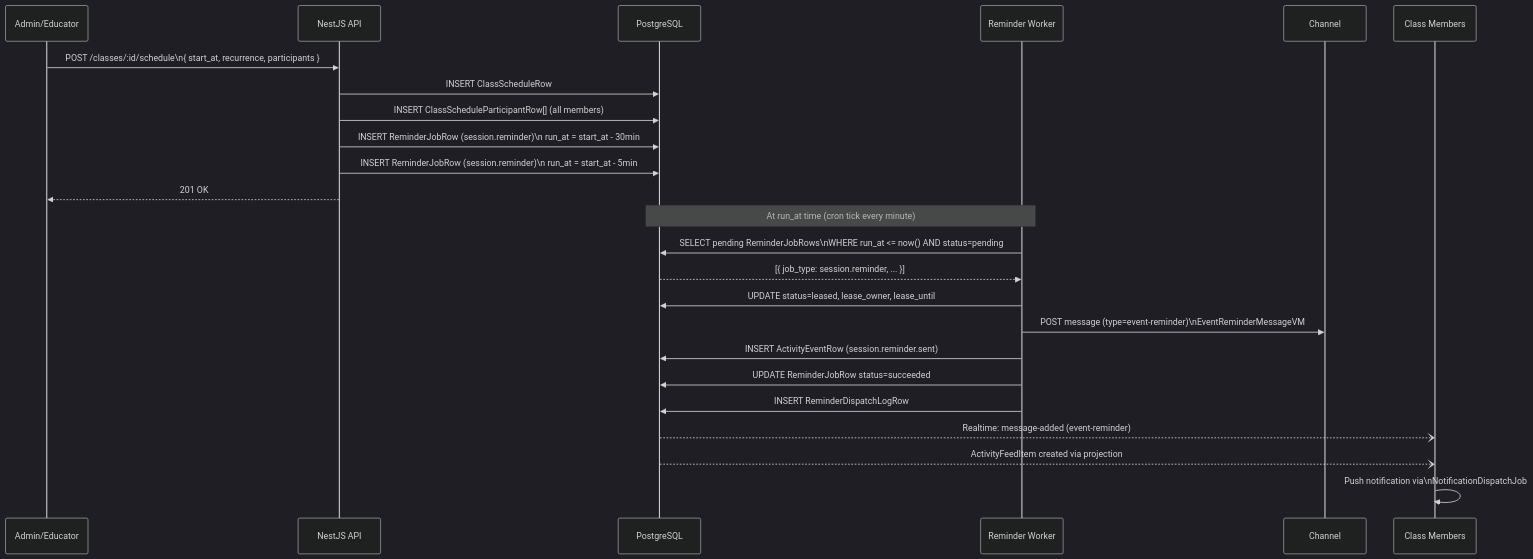
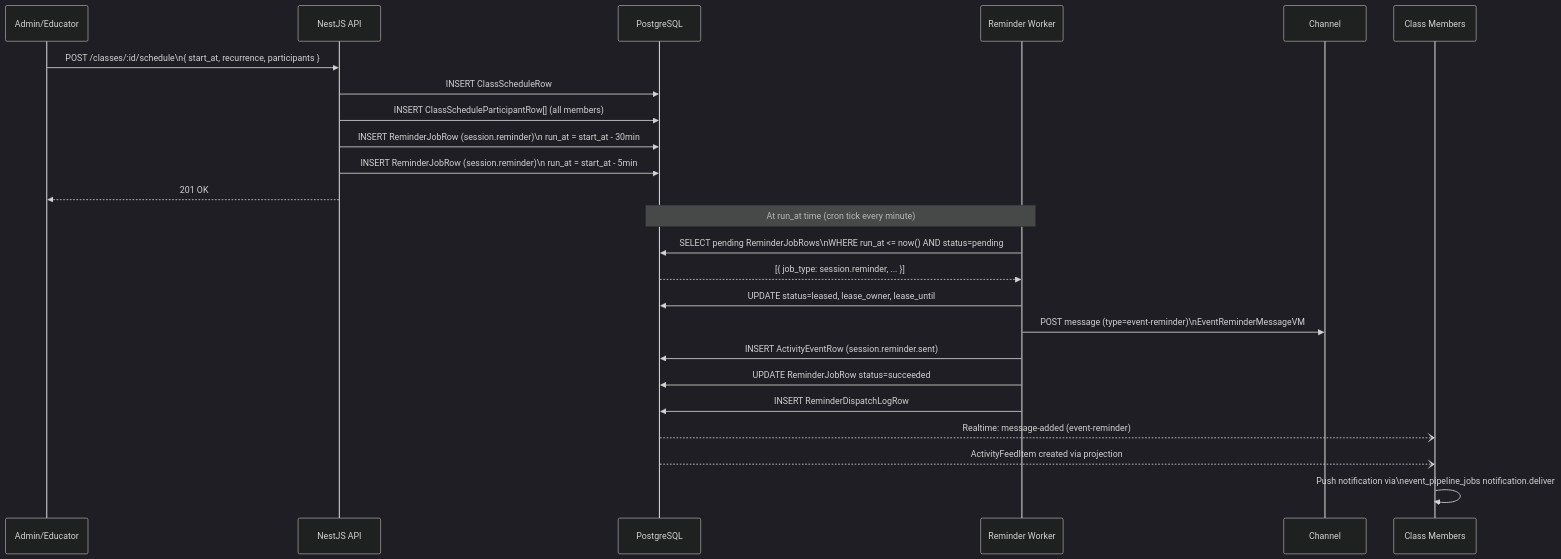
Diagram 22 of 31 in docs/architecture/feature-diagrams.md (heidisoft/iconicedu-monorepo), drawn with Mermaid (dark theme) before and after one commit. The commit also changed other lines of this file and 58 other files, not shown here.

First line of the commit message:
Add unified event pipeline and job-based dispatch

````diff
--- a/docs/architecture/feature-diagrams.md
+++ b/docs/architecture/feature-diagrams.md
@@ -1160,29 +1160,29 @@
 ```mermaid
 sequenceDiagram
     participant ADMIN as Admin/Educator
     participant API as NestJS API
     participant DB as PostgreSQL
     participant WORKER as Reminder Worker
     participant CHANNEL as Channel
     participant MEMBER as Class Members
 
     ADMIN->>API: POST /classes/:id/schedule\n{ start_at, recurrence, participants }
     API->>DB: INSERT ClassScheduleRow
     API->>DB: INSERT ClassScheduleParticipantRow[] (all members)
     API->>DB: INSERT ReminderJobRow (session.reminder)\n run_at = start_at - 30min
     API->>DB: INSERT ReminderJobRow (session.reminder)\n run_at = start_at - 5min
     API-->>ADMIN: 201 OK
 
     Note over WORKER,DB: At run_at time (cron tick every minute)
     WORKER->>DB: SELECT pending ReminderJobRows\nWHERE run_at <= now() AND status=pending
     DB-->>WORKER: [{ job_type: session.reminder, ... }]
     WORKER->>DB: UPDATE status=leased, lease_owner, lease_until
     WORKER->>CHANNEL: POST message (type=event-reminder)\nEventReminderMessageVM
     WORKER->>DB: INSERT ActivityEventRow (session.reminder.sent)
     WORKER->>DB: UPDATE ReminderJobRow status=succeeded
     WORKER->>DB: INSERT ReminderDispatchLogRow
 
     DB--)MEMBER: Realtime: message-added (event-reminder)
     DB--)MEMBER: ActivityFeedItem created via projection
-    MEMBER->>MEMBER: Push notification via\nNotificationDispatchJob
+    MEMBER->>MEMBER: Push notification via\nevent_pipeline_jobs notification.deliver
 ```
````
